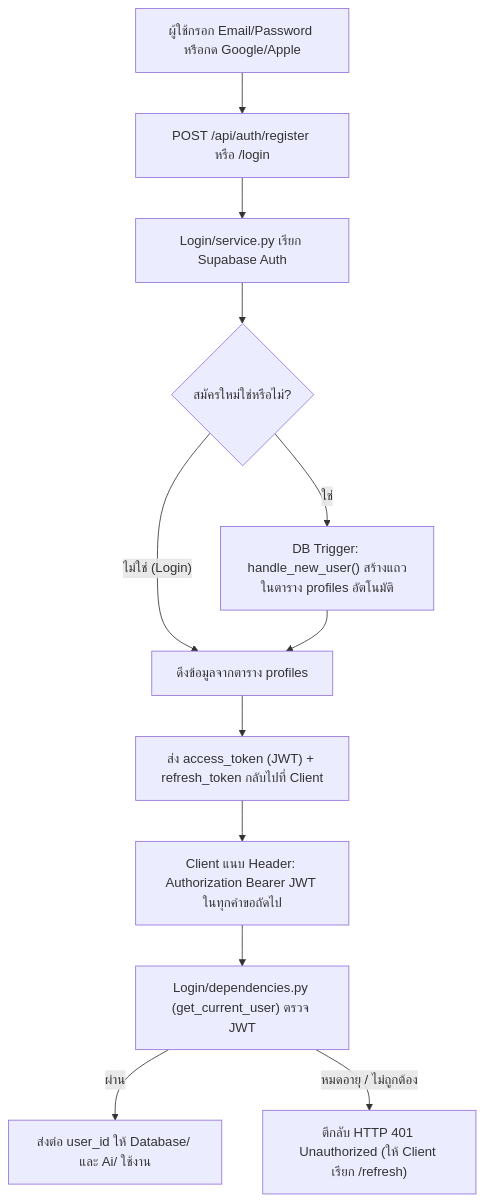
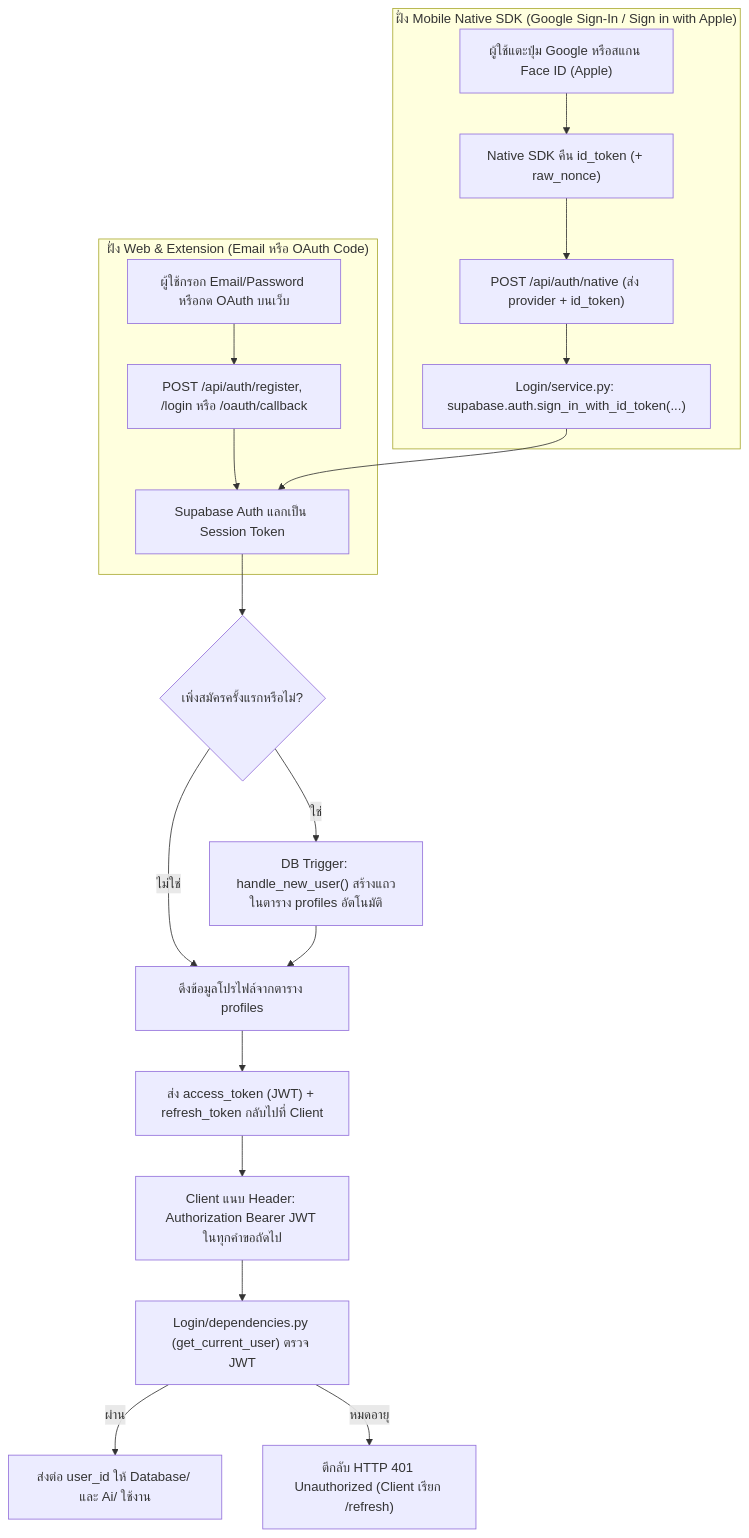
The second of 4 diagrams in BACKEND_LOGIN_DB_PLAN.md (Ws303/Just-Save-It-), drawn with Mermaid before and after one commit. The commit also changed other lines of this file, not shown here.

Commit message:
docs: update plan with detailed architecture

````diff
--- a/BACKEND_LOGIN_DB_PLAN.md
+++ b/BACKEND_LOGIN_DB_PLAN.md
@@ -53,14 +66,24 @@
 ```mermaid
 flowchart TD
-    A["ผู้ใช้กรอก Email/Password หรือกด Google/Apple"] --> B["POST /api/auth/register หรือ /login"]
-    B --> C["Login/service.py เรียก Supabase Auth"]
-    C --> D{"สมัครใหม่ใช่หรือไม่?"}
+    subgraph WebAuth["ฝั่ง Web & Extension (Email หรือ OAuth Code)"]
+        W1["ผู้ใช้กรอก Email/Password หรือกด OAuth บนเว็บ"] --> W2["POST /api/auth/register, /login หรือ /oauth/callback"]
+        W2 --> W3["Supabase Auth แลกเป็น Session Token"]
+    end
+
+    subgraph NativeAuth["ฝั่ง Mobile Native SDK (Google Sign-In / Sign in with Apple)"]
+        M1["ผู้ใช้แตะปุ่ม Google หรือสแกน Face ID (Apple)"] --> M2["Native SDK คืน id_token (+ raw_nonce)"]
+        M2 --> M3["POST /api/auth/native (ส่ง provider + id_token)"]
+        M3 --> M4["Login/service.py: supabase.auth.sign_in_with_id_token(...)"]
+        M4 --> W3
+    end
+
+    W3 --> D{"เพิ่งสมัครครั้งแรกหรือไม่?"}
     D -->|"ใช่"| E["DB Trigger: handle_new_user() สร้างแถวในตาราง profiles อัตโนมัติ"]
-    D -->|"ไม่ใช่ (Login)"| F["ดึงข้อมูลจากตาราง profiles"]
+    D -->|"ไม่ใช่"| F["ดึงข้อมูลโปรไฟล์จากตาราง profiles"]
     E --> F
     F --> G["ส่ง access_token (JWT) + refresh_token กลับไปที่ Client"]
     G --> H["Client แนบ Header: Authorization Bearer JWT ในทุกคำขอถัดไป"]
     H --> I["Login/dependencies.py (get_current_user) ตรวจ JWT"]
     I -->|"ผ่าน"| J["ส่งต่อ user_id ให้ Database/ และ Ai/ ใช้งาน"]
-    I -->|"หมดอายุ / ไม่ถูกต้อง"| K["ตีกลับ HTTP 401 Unauthorized (ให้ Client เรียก /refresh)"]
+    I -->|"หมดอายุ"| K["ตีกลับ HTTP 401 Unauthorized (Client เรียก /refresh)"]
 ```
````
